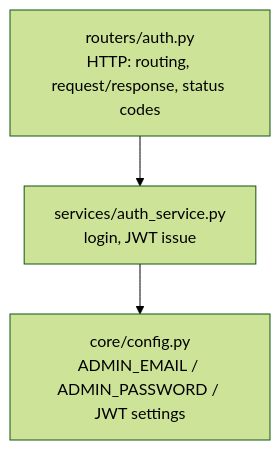
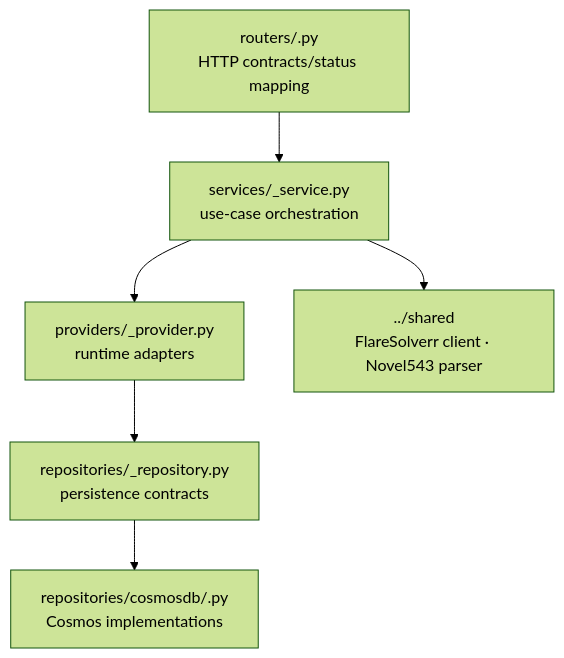
Before and after one commit to datntdev0/toolbox-media-studio: the second of 2 diagrams in srcs/api/README.md, drawn with Mermaid (forest theme). The commit also changed other lines of this file and 15 other files, not shown here.

````diff
--- a/srcs/api/README.md
+++ b/srcs/api/README.md
@@ -60,8 +68,13 @@
 ```mermaid
 flowchart TB
-    R["routers/auth.py<br/>HTTP: routing, request/response, status codes"]
-    S["services/auth_service.py<br/>login, JWT issue"]
-    Cfg["core/config.py<br/>ADMIN_EMAIL / ADMIN_PASSWORD / JWT settings"]
+    R["routers/<feature>.py<br/>HTTP contracts/status mapping"]
+    S["services/<feature>_service.py<br/>use-case orchestration"]
+    P["providers/<adapter>_provider.py<br/>runtime adapters"]
+    Repo["repositories/<entity>_repository.py<br/>persistence contracts"]
+    Cosmos["repositories/cosmosdb/<entity>.py<br/>Cosmos implementations"]
+    Shared["../shared<br/>FlareSolverr client · Novel543 parser"]
 
-    R --> S --> Cfg
+    R --> S
+    S --> P --> Repo --> Cosmos
+    S --> Shared
 ```
````
